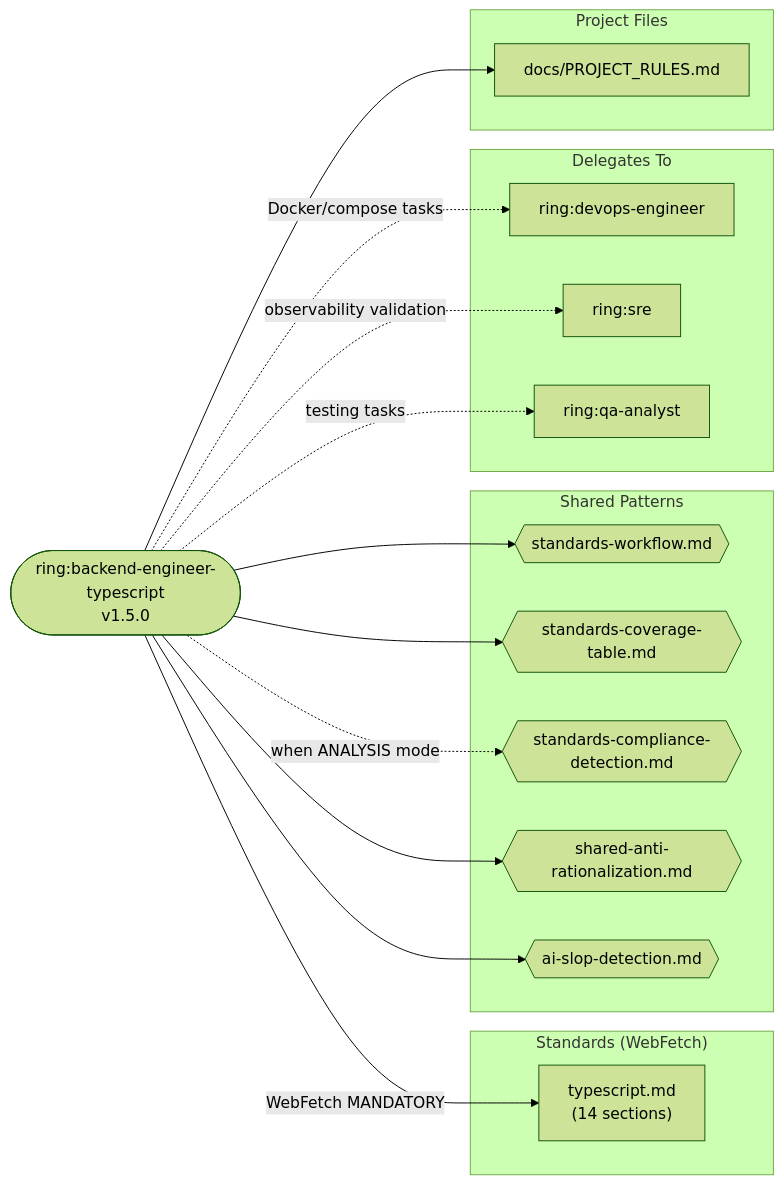
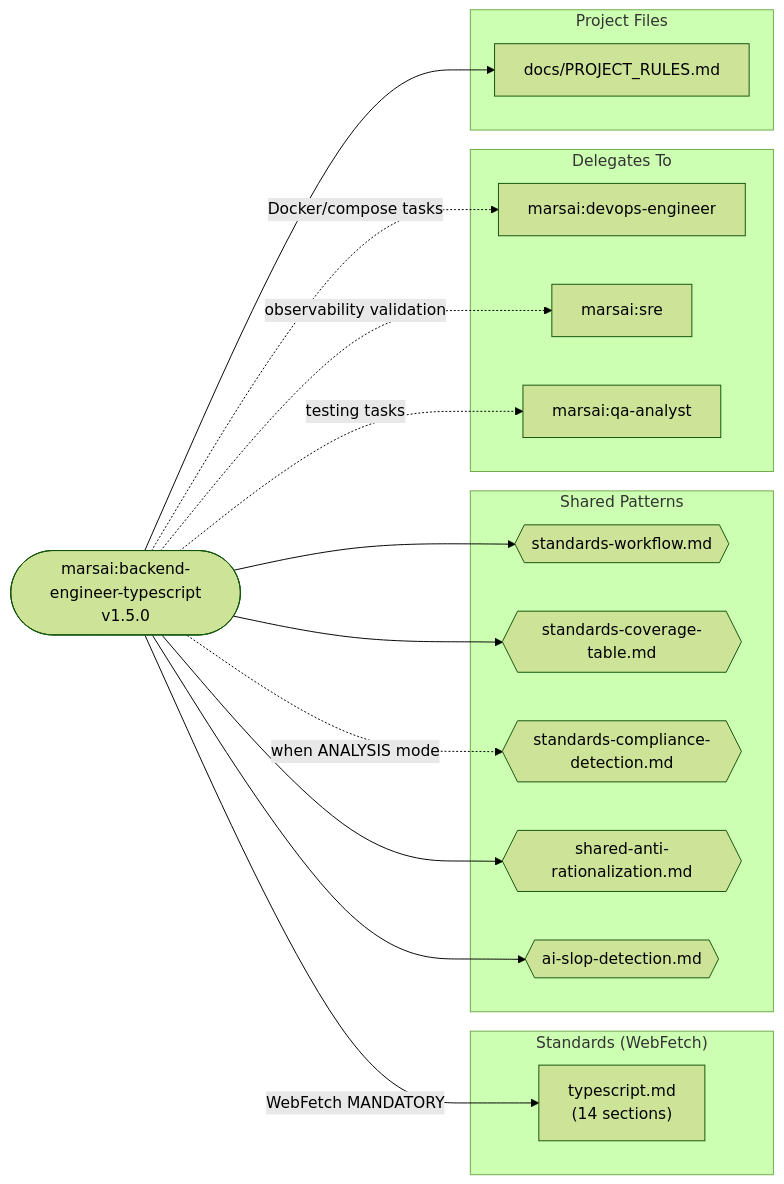
Before and after one commit to rodrigodh/ring: the third of 21 diagrams in dev-team/docs/dependency-diagrams.md, drawn with Mermaid (forest theme). The commit also changed other lines of this file and 203 other files, not shown here.

````diff
--- a/dev-team/docs/dependency-diagrams.md
+++ b/dev-team/docs/dependency-diagrams.md
@@ -165,34 +165,34 @@
 ```mermaid
 flowchart LR
-    agent(["ring:backend-engineer-typescript<br/>v1.5.0"])
+    agent(["marsai:backend-engineer-typescript<br/>v1.5.0"])
 
     subgraph Standards["Standards (WebFetch)"]
         ts["typescript.md<br/>(14 sections)"]
     end
 
     subgraph SharedPatterns["Shared Patterns"]
         sw{{"standards-workflow.md"}}
         sct{{"standards-coverage-table.md"}}
         scd{{"standards-compliance-detection.md"}}
         sar{{"shared-anti-rationalization.md"}}
         asd{{"ai-slop-detection.md"}}
     end
 
     subgraph Delegates["Delegates To"]
-        devops["ring:devops-engineer"]
-        sre["ring:sre"]
-        qa["ring:qa-analyst"]
+        devops["marsai:devops-engineer"]
+        sre["marsai:sre"]
+        qa["marsai:qa-analyst"]
     end
 
     subgraph ProjectFiles["Project Files"]
         pr["docs/PROJECT_RULES.md"]
     end
 
     agent -->|"WebFetch MANDATORY"| ts
     agent --> sw & sct & sar & asd
     agent -.->|"when ANALYSIS mode"| scd
     agent -.->|"Docker/compose tasks"| devops
     agent -.->|"observability validation"| sre
     agent -.->|"testing tasks"| qa
     agent --> pr
 ```
````
